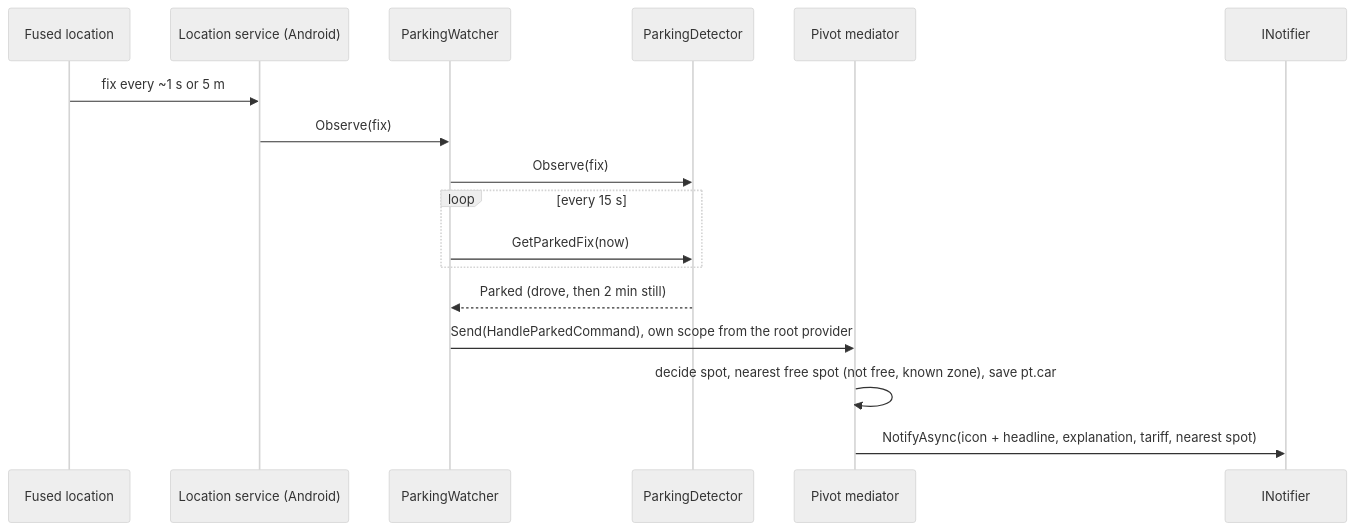
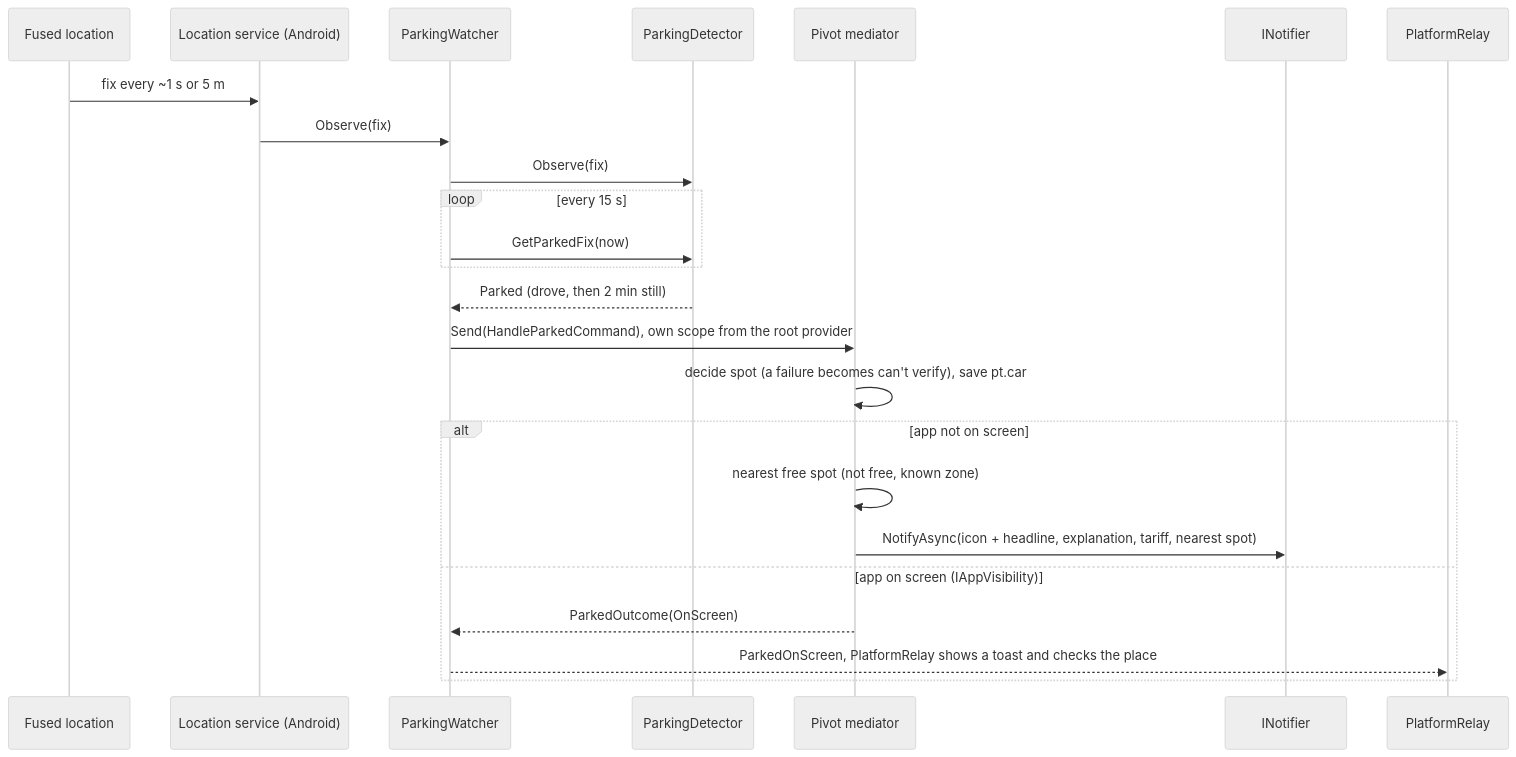
One commit to AnnabiGihed/Parking-Tracker changed the fourth of 4 diagrams in docs/architecture.md. Above: the diagram before and after it, drawn with Mermaid (neutral theme). The commit also changed other lines of this file and 36 other files, not shown here.

````diff
--- a/docs/architecture.md
+++ b/docs/architecture.md
@@ -478,19 +495,26 @@
 ```mermaid
 sequenceDiagram
     participant G as Fused location
     participant S as Location service (Android)
     participant W as ParkingWatcher
     participant PD as ParkingDetector
     participant M as Pivot mediator
     participant N as INotifier
+    participant PR as PlatformRelay
     G->>S: fix every ~1 s or 5 m
     S->>W: Observe(fix)
     W->>PD: Observe(fix)
     loop every 15 s
         W->>PD: GetParkedFix(now)
     end
     PD-->>W: Parked (drove, then 2 min still)
     W->>M: Send(HandleParkedCommand), own scope from the root provider
-    M->>M: decide spot, nearest free spot (not free, known zone), save pt.car
-    M->>N: NotifyAsync(icon + headline, explanation, tariff, nearest spot)
+    M->>M: decide spot (a failure becomes can't verify), save pt.car
+    alt app not on screen
+        M->>M: nearest free spot (not free, known zone)
+        M->>N: NotifyAsync(icon + headline, explanation, tariff, nearest spot)
+    else app on screen (IAppVisibility)
+        M-->>W: ParkedOutcome(OnScreen)
+        W-->>PR: ParkedOnScreen, PlatformRelay shows a toast and checks the place
+    end
 ```
````
